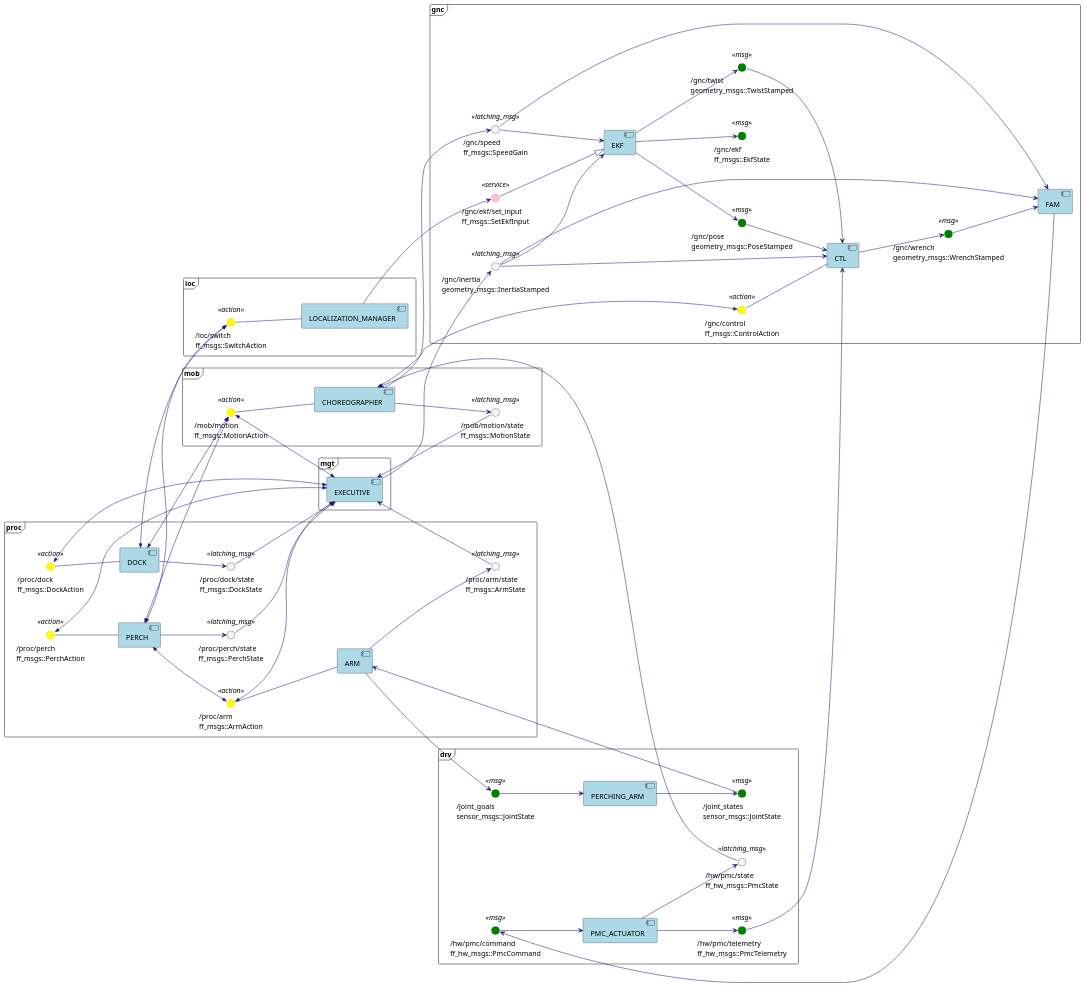
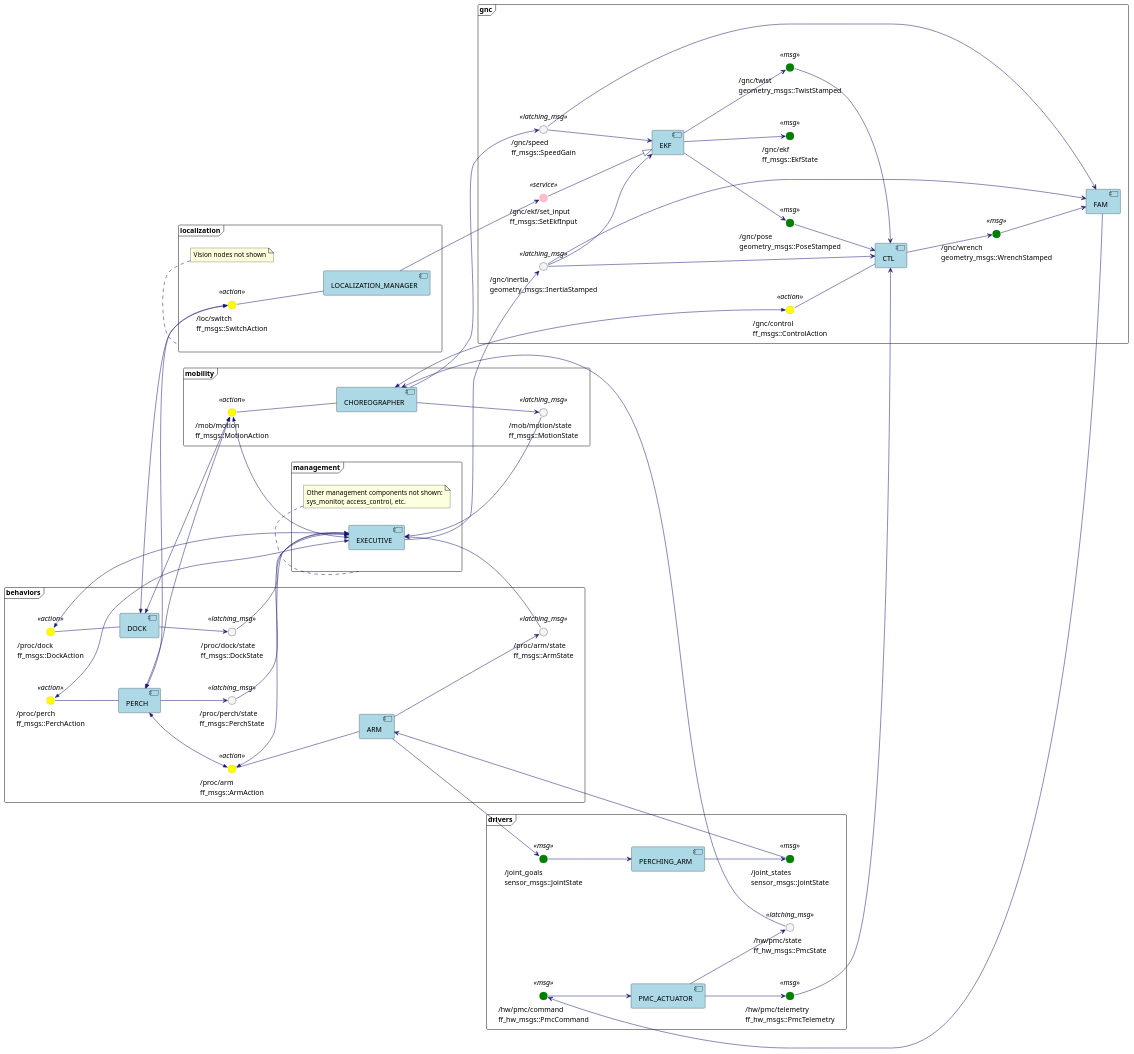
Before and after one commit to nasa/astrobee: the diagram in doc/diagrams/architecture.puml, drawn with PlantUML. The commit also changed 441 other files, not shown here.

```diff
--- a/doc/diagrams/architecture.puml
+++ b/doc/diagrams/architecture.puml
@@ -3,135 +1,145 @@
 @startuml
 
 skinparam componentStyle uml2
 
 left to right direction
 
 ' Common colors scheme for the type of interfaces
 skinparam interface {
   borderColor<<action>> #GoldenRod
   backgroundColor<<action>> #Yellow
   borderColor<<service>> #HotPink
   backgroundColor<<service>> #Pink
   borderColor<<msg>> #DarkGreen
   backgroundColor<<msg>> #Green
   borderColor<<latching_msg>> #Black
   backgroundColor<<latching_msg>> #WhiteSmoke
 }
 
 skinparam component {
     borderColor #Black
     backgroundColor #LightBlue
     arrowColor #MidnightBlue
 }
 
 ' Nodes and Interfaces
-frame mgt {
+frame management {
   component EXECUTIVE
+  note top of management
+  Other management components not shown:
+  sys_monitor, access_control, etc.
+  end note
+''  component SYS_MONITOR
+''  component ACCESS_CONTROL
+''  component DDS_ROS_BRIDGE
 }
-  
-frame proc {
+
+frame behaviors {
   component DOCK
   component PERCH
   component ARM
   interface "/proc/perch\nff_msgs::PerchAction" <<action>> as PerchAction
   interface "/proc/dock\nff_msgs::DockAction" <<action>> as DockAction
   interface "/proc/arm\nff_msgs::ArmAction" <<action>> as ArmAction
   interface "/proc/perch/state\nff_msgs::PerchState" <<latching_msg>> as PerchState
   interface "/proc/dock/state\nff_msgs::DockState" <<latching_msg>> as DockState
   interface "/proc/arm/state\nff_msgs::ArmState" <<latching_msg>> as ArmState
 }
 
 ' PUML abbreviated notation:
 ' component X --> [X]
 ' interface I --> () I
 
-frame mob {
+frame mobility {
   [CHOREOGRAPHER]
   () "/mob/motion\nff_msgs::MotionAction" <<action>> as MotionAction
   () "/mob/motion/state\nff_msgs::MotionState" <<latching_msg>> as MotionState
 }
 
-frame loc {
+frame localization {
   [LOCALIZATION_MANAGER]
   () "/loc/switch\nff_msgs::SwitchAction" <<action>> as SwitchAction
+  note top of localization
+  Vision nodes not shown
+  end note
 }
 
 frame gnc {
   [CTL]
   [FAM]
   [EKF]
-  () "/gnc/control\nff_msgs::ControlAction" <<action>> as ControlAction 
-  () "/gnc/ekf/set_input\nff_msgs::SetEkfInput" <<service>> as EkfSetInput 
-  () "/gnc/ekf\nff_msgs::EkfState" <<msg>> as EkfState 
-  () "/gnc/pose\ngeometry_msgs::PoseStamped" <<msg>> as PoseStamped 
-  () "/gnc/twist\ngeometry_msgs::TwistStamped" <<msg>> as TwistStamped 
-  () "/gnc/wrench\ngeometry_msgs::WrenchStamped" <<msg>> as WrenchStamped 
-  () "/gnc/inertia\ngeometry_msgs::InertiaStamped" <<latching_msg>> as InertiaStamped 
-  () "/gnc/speed\nff_msgs::SpeedGain" <<latching_msg>> as SpeedGain 
+  () "/gnc/control\nff_msgs::ControlAction" <<action>> as ControlAction
+  () "/gnc/ekf/set_input\nff_msgs::SetEkfInput" <<service>> as EkfSetInput
+  () "/gnc/ekf\nff_msgs::EkfState" <<msg>> as EkfState
+  () "/gnc/pose\ngeometry_msgs::PoseStamped" <<msg>> as PoseStamped
+  () "/gnc/twist\ngeometry_msgs::TwistStamped" <<msg>> as TwistStamped
+  () "/gnc/wrench\ngeometry_msgs::WrenchStamped" <<msg>> as WrenchStamped
+  () "/gnc/inertia\ngeometry_msgs::InertiaStamped" <<latching_msg>> as InertiaStamped
+  () "/gnc/speed\nff_msgs::SpeedGain" <<latching_msg>> as SpeedGain
 }
 
-frame drv {
+frame drivers {
   [PERCHING_ARM]
   [PMC_ACTUATOR]
   () "/hw/pmc/telemetry\nff_hw_msgs::PmcTelemetry" <<msg>> as PmcTelemetry
   () "/hw/pmc/state\nff_hw_msgs::PmcState" <<latching_msg>> as PmcState
   () "/hw/pmc/command\nff_hw_msgs::PmcCommand" <<msg>> as PmcCommand
   () "/joint_states\nsensor_msgs::JointState" <<msg>> as JointStates
   () "/joint_goals\nsensor_msgs::JointState" <<msg>> as JointGoals
 }
 
   ' Relationships
 EXECUTIVE <<-->> MotionAction
 EXECUTIVE <<-->> DockAction
 EXECUTIVE <<-->> PerchAction
 EXECUTIVE <<-->> ArmAction
 EXECUTIVE --> InertiaStamped
 InertiaStamped --> FAM
 InertiaStamped --> CTL
 InertiaStamped --> EKF
 
 
 DockAction -- DOCK
 PerchAction -- PERCH
 DOCK <<-->> SwitchAction
 PERCH <<-->> SwitchAction
 SwitchAction -- LOCALIZATION_MANAGER
 LOCALIZATION_MANAGER --> EkfSetInput
 EkfSetInput --|> EKF
 DOCK <<-->> MotionAction
 PERCH <<-->> MotionAction
 PERCH <<-->> ArmAction
 MotionAction -- CHOREOGRAPHER
 CHOREOGRAPHER <<-->> ControlAction
 CHOREOGRAPHER --> SpeedGain
 SpeedGain --> EKF
 SpeedGain --> FAM
 ControlAction -- CTL
 CTL --> WrenchStamped
 PmcCommand --> PMC_ACTUATOR
 PMC_ACTUATOR --> PmcTelemetry
 PMC_ACTUATOR --> PmcState
 PmcTelemetry --> CTL
 PmcState --> CHOREOGRAPHER
 ArmAction -- ARM
 WrenchStamped --> FAM
 FAM --> PmcCommand
 ARM --> JointGoals
 EKF --> PoseStamped
 EKF --> TwistStamped
 EKF --> EkfState
 TwistStamped --> CTL
 PoseStamped --> CTL
 JointStates --> ARM
 JointGoals --> PERCHING_ARM
 PERCHING_ARM --> JointStates
 PERCH --> PerchState
 DOCK --> DockState
 ARM --> ArmState
 CHOREOGRAPHER --> MotionState
 PerchState --> EXECUTIVE
 DockState --> EXECUTIVE
 ArmState --> EXECUTIVE
 MotionState --> EXECUTIVE
 
 @enduml
```
